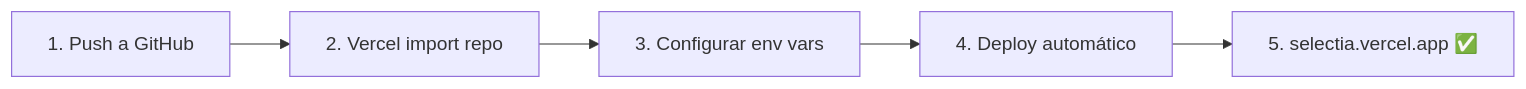
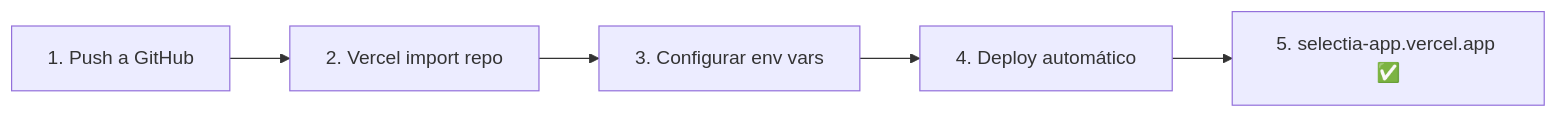
Before and after one commit to redentor159/selectia-app: the third of 3 diagrams in README.md, drawn with Mermaid. The commit also changed other lines of this file, not shown here.

Commit message:
fix(readme): corregir URL de deploy (selectia-app.vercel.app)

````diff
--- a/README.md
+++ b/README.md
@@ -151,7 +151,7 @@
 ```mermaid
 flowchart LR
     A["1. Push a GitHub"] --> B["2. Vercel import repo"]
     B --> C["3. Configurar env vars"]
     C --> D["4. Deploy automático"]
-    D --> E["5. selectia.vercel.app ✅"]
+    D --> E["5. selectia-app.vercel.app ✅"]
 ```
````
